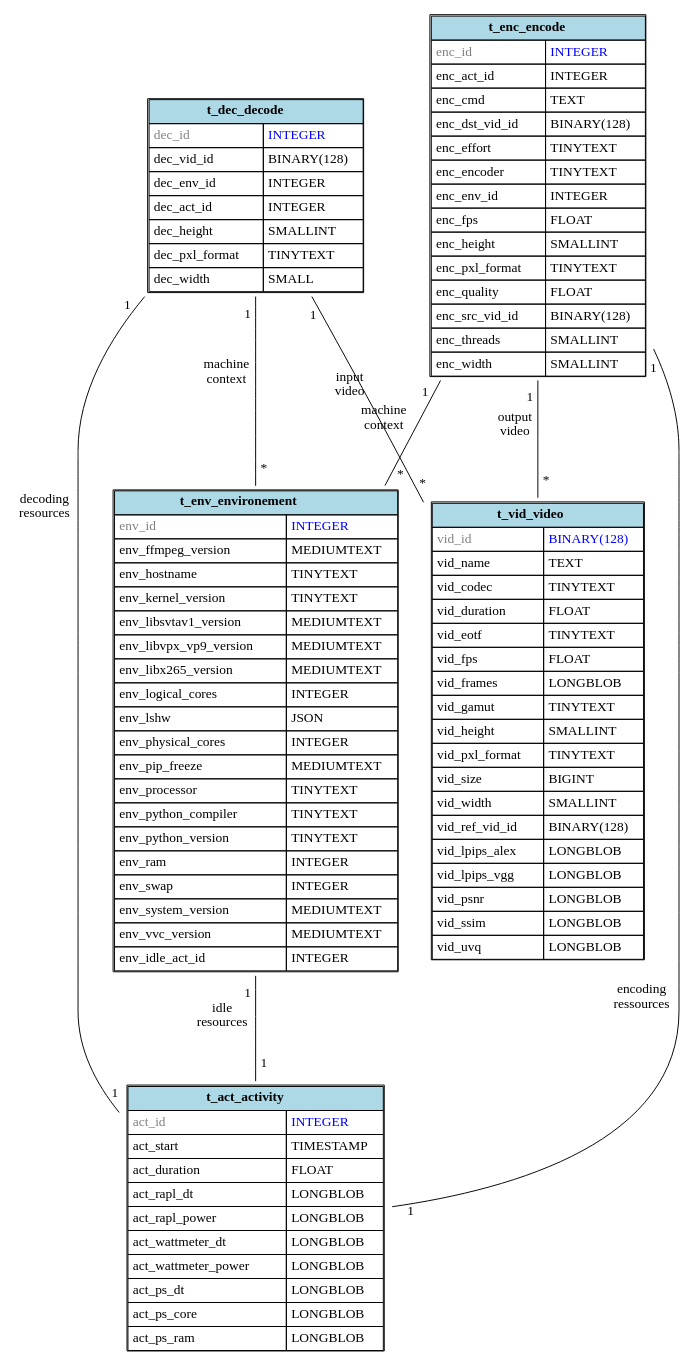
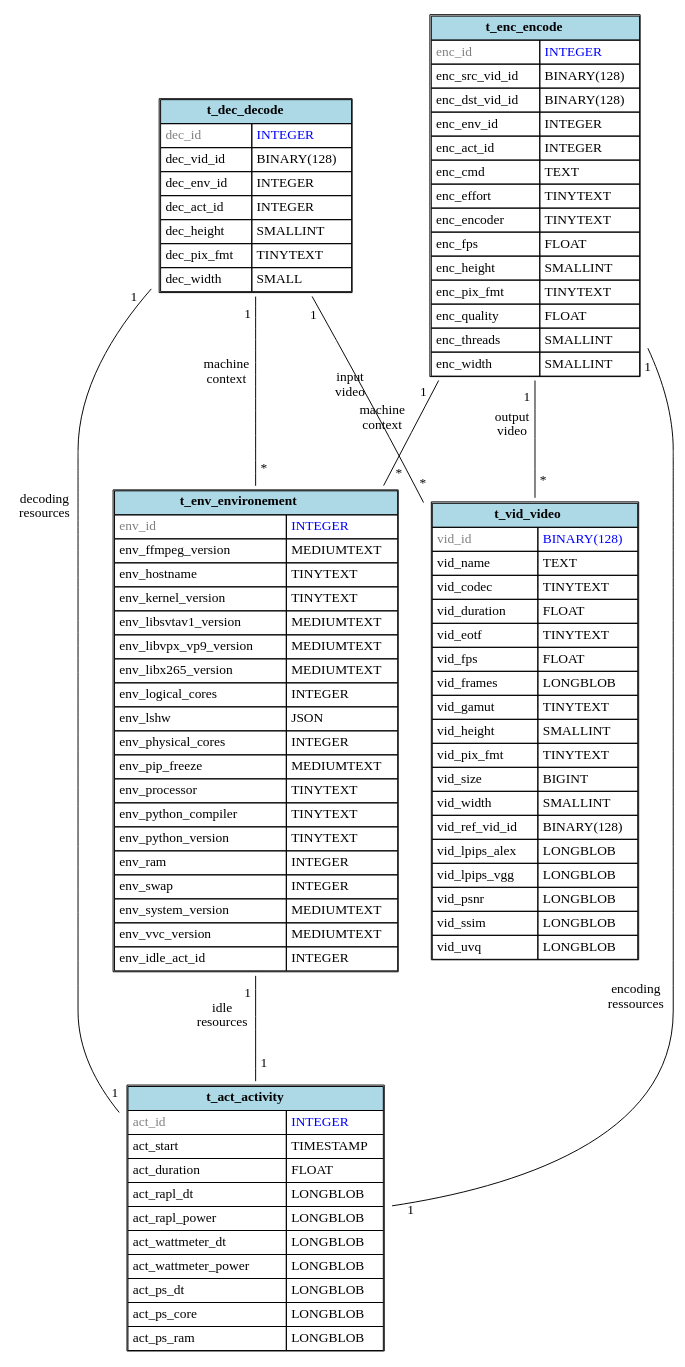
One commit to robinechuca/mendevi changed the diagram in docs/images/database.dot. Above: the diagram before and after it, drawn with Graphviz. The commit also changed 12 other files, not shown here.

```diff
--- a/docs/images/database.dot
+++ b/docs/images/database.dot
@@ -1,114 +1,114 @@
 # dot -Tsvg database.dot > database.svg
 graph database {
   node [shape=plaintext]
   t_act_activity [
     label=<
       <TABLE BORDER="1" CELLBORDER="1" CELLSPACING="0" CELLPADDING="4">
         <TR><TD COLSPAN="2" BGCOLOR="lightblue"><B>t_act_activity</B></TD></TR>
         <TR><TD ALIGN="LEFT"><FONT COLOR="gray">act_id</FONT></TD><TD ALIGN="LEFT"><FONT COLOR="blue">INTEGER</FONT></TD></TR>
         <TR><TD ALIGN="LEFT">act_start</TD><TD ALIGN="LEFT">TIMESTAMP</TD></TR>
         <TR><TD ALIGN="LEFT">act_duration</TD><TD ALIGN="LEFT">FLOAT</TD></TR>
         <TR><TD ALIGN="LEFT">act_rapl_dt</TD><TD ALIGN="LEFT">LONGBLOB</TD></TR>
         <TR><TD ALIGN="LEFT">act_rapl_power</TD><TD ALIGN="LEFT">LONGBLOB</TD></TR>
         <TR><TD ALIGN="LEFT">act_wattmeter_dt</TD><TD ALIGN="LEFT">LONGBLOB</TD></TR>
         <TR><TD ALIGN="LEFT">act_wattmeter_power</TD><TD ALIGN="LEFT">LONGBLOB</TD></TR>
         <TR><TD ALIGN="LEFT">act_ps_dt</TD><TD ALIGN="LEFT">LONGBLOB</TD></TR>
         <TR><TD ALIGN="LEFT">act_ps_core</TD><TD ALIGN="LEFT">LONGBLOB</TD></TR>
         <TR><TD ALIGN="LEFT">act_ps_ram</TD><TD ALIGN="LEFT">LONGBLOB</TD></TR>
       </TABLE>
     >
   ];
   t_vid_video [
     label=<
       <TABLE BORDER="1" CELLBORDER="1" CELLSPACING="0" CELLPADDING="4">
         <TR><TD COLSPAN="2" BGCOLOR="lightblue"><B>t_vid_video</B></TD></TR>
         <TR><TD ALIGN="LEFT"><FONT COLOR="gray">vid_id</FONT></TD><TD ALIGN="LEFT"><FONT COLOR="blue">BINARY(128)</FONT></TD></TR>
         <TR><TD ALIGN="LEFT">vid_name</TD><TD ALIGN="LEFT">TEXT</TD></TR>
         <TR><TD ALIGN="LEFT">vid_codec</TD><TD ALIGN="LEFT">TINYTEXT</TD></TR>
         <TR><TD ALIGN="LEFT">vid_duration</TD><TD ALIGN="LEFT">FLOAT</TD></TR>
         <TR><TD ALIGN="LEFT">vid_eotf</TD><TD ALIGN="LEFT">TINYTEXT</TD></TR>
         <TR><TD ALIGN="LEFT">vid_fps</TD><TD ALIGN="LEFT">FLOAT</TD></TR>
         <TR><TD ALIGN="LEFT">vid_frames</TD><TD ALIGN="LEFT">LONGBLOB</TD></TR>
         <TR><TD ALIGN="LEFT">vid_gamut</TD><TD ALIGN="LEFT">TINYTEXT</TD></TR>
         <TR><TD ALIGN="LEFT">vid_height</TD><TD ALIGN="LEFT">SMALLINT</TD></TR>
-        <TR><TD ALIGN="LEFT">vid_pxl_format</TD><TD ALIGN="LEFT">TINYTEXT</TD></TR>
+        <TR><TD ALIGN="LEFT">vid_pix_fmt</TD><TD ALIGN="LEFT">TINYTEXT</TD></TR>
         <TR><TD ALIGN="LEFT">vid_size</TD><TD ALIGN="LEFT">BIGINT</TD></TR>
         <TR><TD ALIGN="LEFT">vid_width</TD><TD ALIGN="LEFT">SMALLINT</TD></TR>
         <TR><TD ALIGN="LEFT">vid_ref_vid_id</TD><TD ALIGN="LEFT">BINARY(128)</TD></TR>
         <TR><TD ALIGN="LEFT">vid_lpips_alex</TD><TD ALIGN="LEFT">LONGBLOB</TD></TR>
         <TR><TD ALIGN="LEFT">vid_lpips_vgg</TD><TD ALIGN="LEFT">LONGBLOB</TD></TR>
         <TR><TD ALIGN="LEFT">vid_psnr</TD><TD ALIGN="LEFT">LONGBLOB</TD></TR>
         <TR><TD ALIGN="LEFT">vid_ssim</TD><TD ALIGN="LEFT">LONGBLOB</TD></TR>
         <TR><TD ALIGN="LEFT">vid_uvq</TD><TD ALIGN="LEFT">LONGBLOB</TD></TR>
       </TABLE>
     >
   ];
   t_env_environement [
     label=<
       <TABLE BORDER="1" CELLBORDER="1" CELLSPACING="0" CELLPADDING="4">
         <TR><TD COLSPAN="2" BGCOLOR="lightblue"><B>t_env_environement</B></TD></TR>
         <TR><TD ALIGN="LEFT"><FONT COLOR="gray">env_id</FONT></TD><TD ALIGN="LEFT"><FONT COLOR="blue">INTEGER</FONT></TD></TR>
         <TR><TD ALIGN="LEFT">env_ffmpeg_version</TD><TD ALIGN="LEFT">MEDIUMTEXT</TD></TR>
         <TR><TD ALIGN="LEFT">env_hostname</TD><TD ALIGN="LEFT">TINYTEXT</TD></TR>
         <TR><TD ALIGN="LEFT">env_kernel_version</TD><TD ALIGN="LEFT">TINYTEXT</TD></TR>
         <TR><TD ALIGN="LEFT">env_libsvtav1_version</TD><TD ALIGN="LEFT">MEDIUMTEXT</TD></TR>
         <TR><TD ALIGN="LEFT">env_libvpx_vp9_version</TD><TD ALIGN="LEFT">MEDIUMTEXT</TD></TR>
         <TR><TD ALIGN="LEFT">env_libx265_version</TD><TD ALIGN="LEFT">MEDIUMTEXT</TD></TR>
         <TR><TD ALIGN="LEFT">env_logical_cores</TD><TD ALIGN="LEFT">INTEGER</TD></TR>
         <TR><TD ALIGN="LEFT">env_lshw</TD><TD ALIGN="LEFT">JSON</TD></TR>
         <TR><TD ALIGN="LEFT">env_physical_cores</TD><TD ALIGN="LEFT">INTEGER</TD></TR>
         <TR><TD ALIGN="LEFT">env_pip_freeze</TD><TD ALIGN="LEFT">MEDIUMTEXT</TD></TR>
         <TR><TD ALIGN="LEFT">env_processor</TD><TD ALIGN="LEFT">TINYTEXT</TD></TR>
         <TR><TD ALIGN="LEFT">env_python_compiler</TD><TD ALIGN="LEFT">TINYTEXT</TD></TR>
         <TR><TD ALIGN="LEFT">env_python_version</TD><TD ALIGN="LEFT">TINYTEXT</TD></TR>
         <TR><TD ALIGN="LEFT">env_ram</TD><TD ALIGN="LEFT">INTEGER</TD></TR>
         <TR><TD ALIGN="LEFT">env_swap</TD><TD ALIGN="LEFT">INTEGER</TD></TR>
         <TR><TD ALIGN="LEFT">env_system_version</TD><TD ALIGN="LEFT">MEDIUMTEXT</TD></TR>
         <TR><TD ALIGN="LEFT">env_vvc_version</TD><TD ALIGN="LEFT">MEDIUMTEXT</TD></TR>
         <TR><TD ALIGN="LEFT">env_idle_act_id</TD><TD ALIGN="LEFT">INTEGER</TD></TR>
       </TABLE>
     >
   ];
   t_dec_decode [
     label=<
       <TABLE BORDER="1" CELLBORDER="1" CELLSPACING="0" CELLPADDING="4">
         <TR><TD COLSPAN="2" BGCOLOR="lightblue"><B>t_dec_decode</B></TD></TR>
         <TR><TD ALIGN="LEFT"><FONT COLOR="gray">dec_id</FONT></TD><TD ALIGN="LEFT"><FONT COLOR="blue">INTEGER</FONT></TD></TR>
         <TR><TD ALIGN="LEFT">dec_vid_id</TD><TD ALIGN="LEFT">BINARY(128)</TD></TR>
         <TR><TD ALIGN="LEFT">dec_env_id</TD><TD ALIGN="LEFT">INTEGER</TD></TR>
         <TR><TD ALIGN="LEFT">dec_act_id</TD><TD ALIGN="LEFT">INTEGER</TD></TR>
         <TR><TD ALIGN="LEFT">dec_height</TD><TD ALIGN="LEFT">SMALLINT</TD></TR>
-        <TR><TD ALIGN="LEFT">dec_pxl_format</TD><TD ALIGN="LEFT">TINYTEXT</TD></TR>
+        <TR><TD ALIGN="LEFT">dec_pix_fmt</TD><TD ALIGN="LEFT">TINYTEXT</TD></TR>
         <TR><TD ALIGN="LEFT">dec_width</TD><TD ALIGN="LEFT">SMALL</TD></TR>
       </TABLE>
     >
   ];
   t_enc_encode [
     label=<
       <TABLE BORDER="1" CELLBORDER="1" CELLSPACING="0" CELLPADDING="4">
         <TR><TD COLSPAN="2" BGCOLOR="lightblue"><B>t_enc_encode</B></TD></TR>
         <TR><TD ALIGN="LEFT"><FONT COLOR="gray">enc_id</FONT></TD><TD ALIGN="LEFT"><FONT COLOR="blue">INTEGER</FONT></TD></TR>
+        <TR><TD ALIGN="LEFT">enc_src_vid_id</TD><TD ALIGN="LEFT">BINARY(128)</TD></TR>
+        <TR><TD ALIGN="LEFT">enc_dst_vid_id</TD><TD ALIGN="LEFT">BINARY(128)</TD></TR>
+        <TR><TD ALIGN="LEFT">enc_env_id</TD><TD ALIGN="LEFT">INTEGER</TD></TR>
         <TR><TD ALIGN="LEFT">enc_act_id</TD><TD ALIGN="LEFT">INTEGER</TD></TR>
         <TR><TD ALIGN="LEFT">enc_cmd</TD><TD ALIGN="LEFT">TEXT</TD></TR>
-        <TR><TD ALIGN="LEFT">enc_dst_vid_id</TD><TD ALIGN="LEFT">BINARY(128)</TD></TR>
         <TR><TD ALIGN="LEFT">enc_effort</TD><TD ALIGN="LEFT">TINYTEXT</TD></TR>
         <TR><TD ALIGN="LEFT">enc_encoder</TD><TD ALIGN="LEFT">TINYTEXT</TD></TR>
-        <TR><TD ALIGN="LEFT">enc_env_id</TD><TD ALIGN="LEFT">INTEGER</TD></TR>
         <TR><TD ALIGN="LEFT">enc_fps</TD><TD ALIGN="LEFT">FLOAT</TD></TR>
         <TR><TD ALIGN="LEFT">enc_height</TD><TD ALIGN="LEFT">SMALLINT</TD></TR>
-        <TR><TD ALIGN="LEFT">enc_pxl_format</TD><TD ALIGN="LEFT">TINYTEXT</TD></TR>
+        <TR><TD ALIGN="LEFT">enc_pix_fmt</TD><TD ALIGN="LEFT">TINYTEXT</TD></TR>
         <TR><TD ALIGN="LEFT">enc_quality</TD><TD ALIGN="LEFT">FLOAT</TD></TR>
-        <TR><TD ALIGN="LEFT">enc_src_vid_id</TD><TD ALIGN="LEFT">BINARY(128)</TD></TR>
         <TR><TD ALIGN="LEFT">enc_threads</TD><TD ALIGN="LEFT">SMALLINT</TD></TR>
         <TR><TD ALIGN="LEFT">enc_width</TD><TD ALIGN="LEFT">SMALLINT</TD></TR>
       </TABLE>
     >
   ];
   t_enc_encode -- t_act_activity [minlen=3, taillabel="1", headlabel="1", xlabel="encoding\nressources", labeldistance=2.0]
   t_enc_encode -- t_env_environement [minlen=3, taillabel="1", headlabel="*", xlabel="machine\ncontext", labeldistance=2.0]
   t_enc_encode -- t_vid_video [minlen=3, taillabel="1", headlabel="*", xlabel="output\nvideo", labeldistance=2.0]
   t_dec_decode -- t_act_activity [minlen=3, taillabel="1", headlabel="1", xlabel="decoding\nresources", labeldistance=2.0]
   t_dec_decode -- t_env_environement [minlen=3, taillabel="1", headlabel="*", xlabel="machine\ncontext", labeldistance=2.0]
   t_dec_decode -- t_vid_video [minlen=3, taillabel="1", headlabel="*", xlabel="input\nvideo", labeldistance=2.0]
   t_env_environement -- t_act_activity [minlen=3, taillabel="1", headlabel="1", xlabel="idle\nresources", labeldistance=2.0]
 }
```
